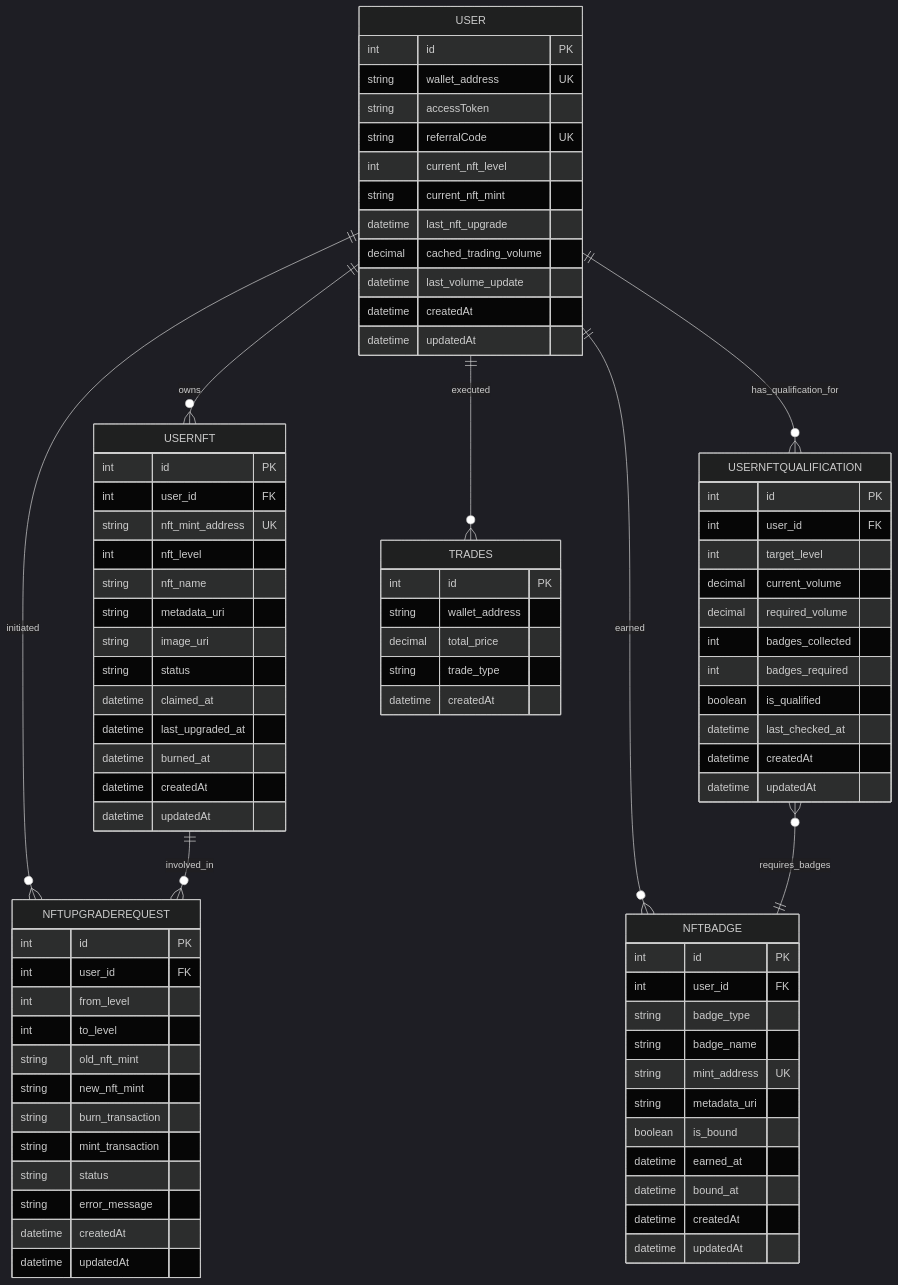
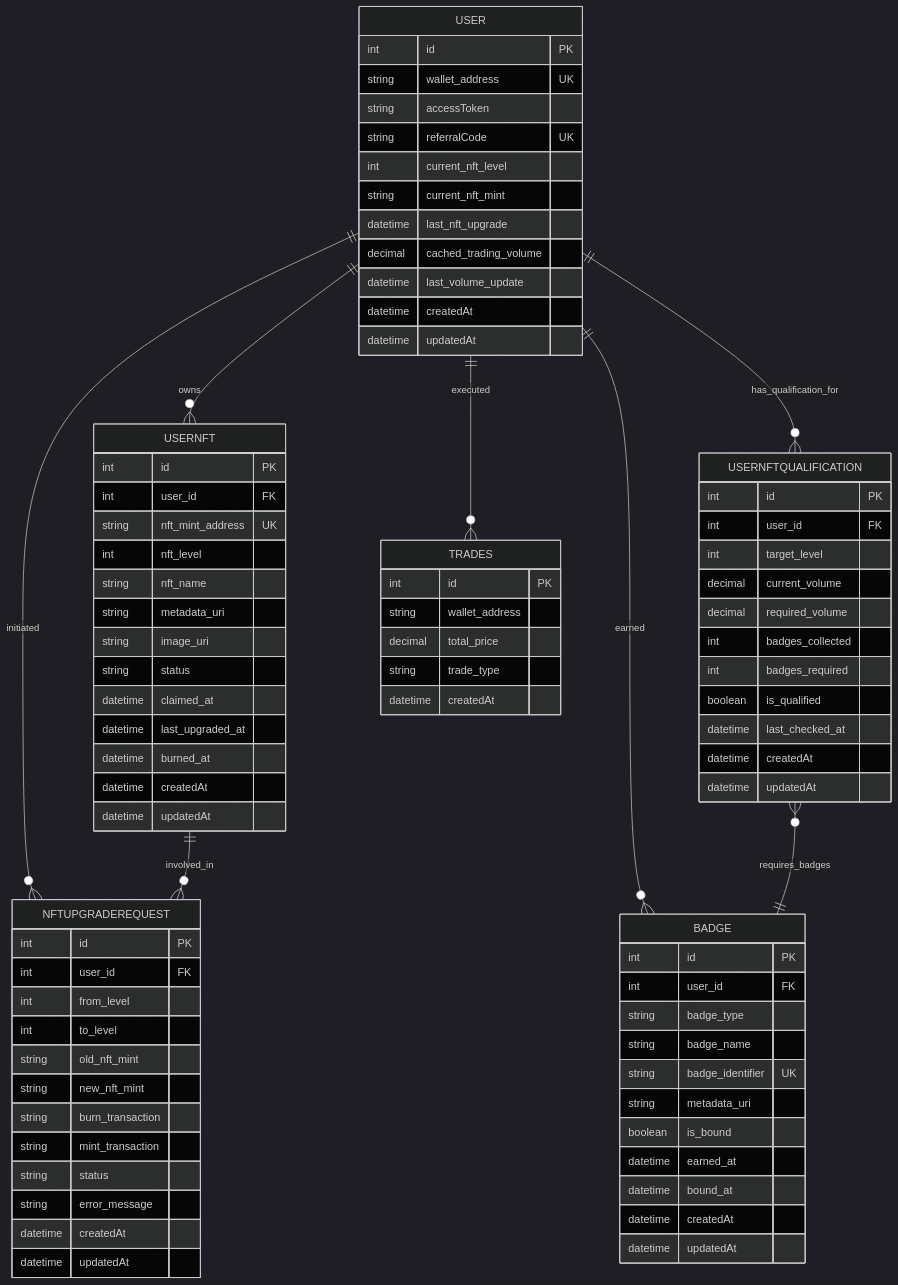
The diagram in docs/AIW3-NFT-Data-Model.md (ljg-cqu/aiw3-nft-solana), drawn with Mermaid (dark theme) before and after one commit. The commit also changed other lines of this file and 3 other files, not shown here.

Commit message:
refactor: replace NFTBadge model with off-chain Badge system and update tier requirements

````diff
--- a/docs/AIW3-NFT-Data-Model.md
+++ b/docs/AIW3-NFT-Data-Model.md
@@ -630,12 +630,12 @@
         datetime updatedAt
     }
 
-    NFTBADGE {
+    BADGE {
         int id PK
         int user_id FK
         string badge_type
         string badge_name
-        string mint_address UK
+        string badge_identifier UK
         string metadata_uri
         boolean is_bound
         datetime earned_at
@@ -669,9 +669,9 @@
 
     USER ||--o{ USERNFT : owns
     USER ||--o{ USERNFTQUALIFICATION : has_qualification_for
-    USER ||--o{ NFTBADGE : earned
+    USER ||--o{ BADGE : earned
     USER ||--o{ NFTUPGRADEREQUEST : initiated
     USER ||--o{ TRADES : executed
     USERNFT ||--o{ NFTUPGRADEREQUEST : involved_in
-    USERNFTQUALIFICATION }o--|| NFTBADGE : requires_badges
+    USERNFTQUALIFICATION }o--|| BADGE : requires_badges
 ```
````
